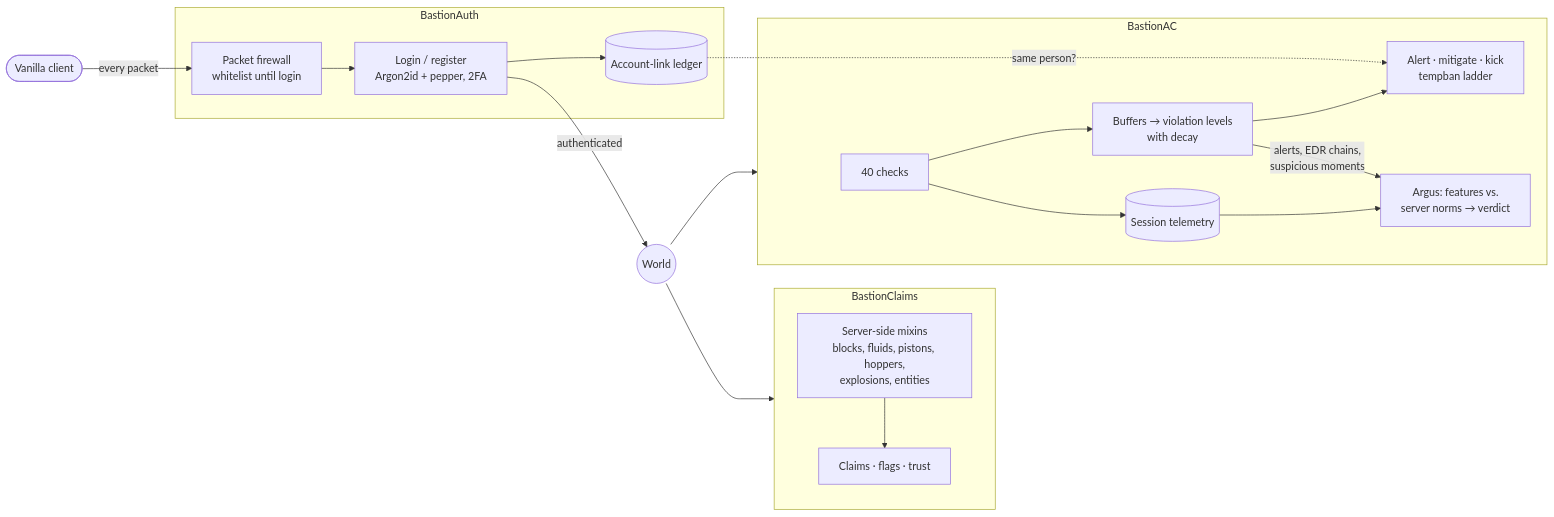
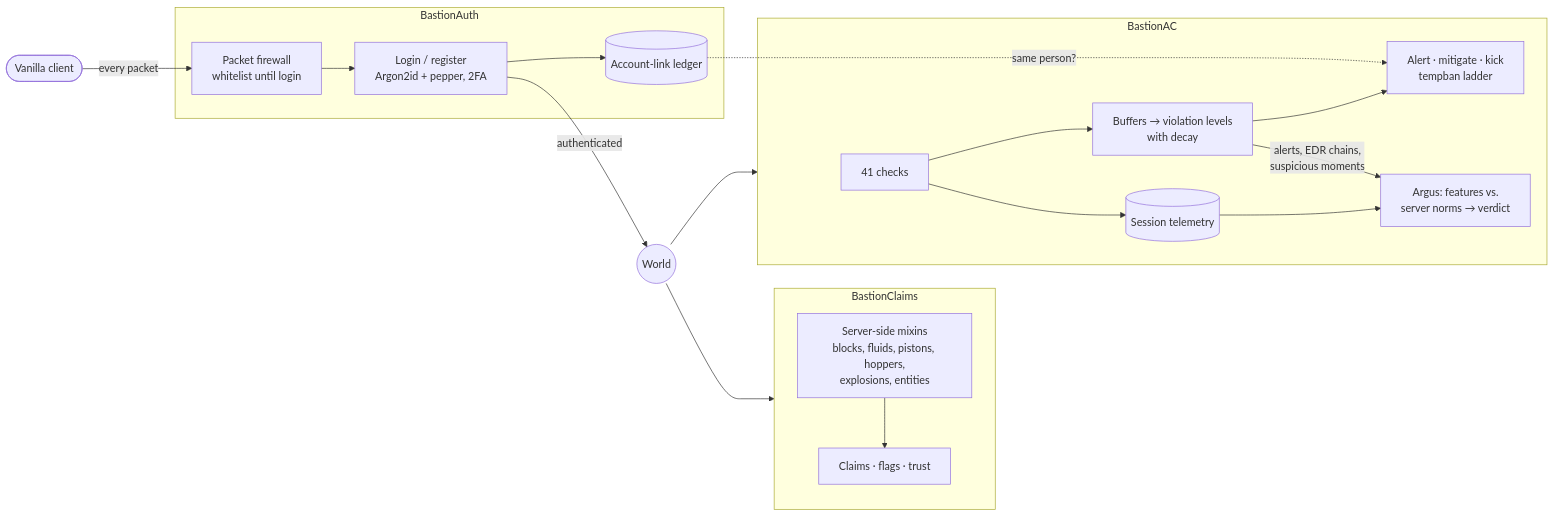
Before and after one commit to dhehdjebejen-beep/Bastion: the diagram in README.md, drawn with Mermaid. The commit also changed other lines of this file and 18 other files, not shown here.

````diff
--- a/README.md
+++ b/README.md
@@ -53,21 +53,21 @@
 ```mermaid
 flowchart LR
     C([Vanilla client]) -->|every packet| FW
     subgraph Auth [BastionAuth]
         FW[Packet firewall<br/>whitelist until login] --> LG[Login / register<br/>Argon2id + pepper, 2FA]
         LG --> LK[(Account-link ledger)]
     end
     LG -->|authenticated| W((World))
     W --> AC
     subgraph AC [BastionAC]
-        CH[40 checks] --> VL[Buffers → violation levels<br/>with decay] --> ACT[Alert · mitigate · kick<br/>tempban ladder]
+        CH[41 checks] --> VL[Buffers → violation levels<br/>with decay] --> ACT[Alert · mitigate · kick<br/>tempban ladder]
         CH --> TL[(Session telemetry)]
         VL -->|alerts, EDR chains,<br/>suspicious moments| AR[Argus: features vs.<br/>server norms → verdict]
         TL --> AR
     end
     W --> CL
     subgraph CL [BastionClaims]
         MX[Server-side mixins<br/>blocks, fluids, pistons, hoppers,<br/>explosions, entities] --> CF[Claims · flags · trust]
     end
     LK -. same person? .-> ACT
 ```
````
